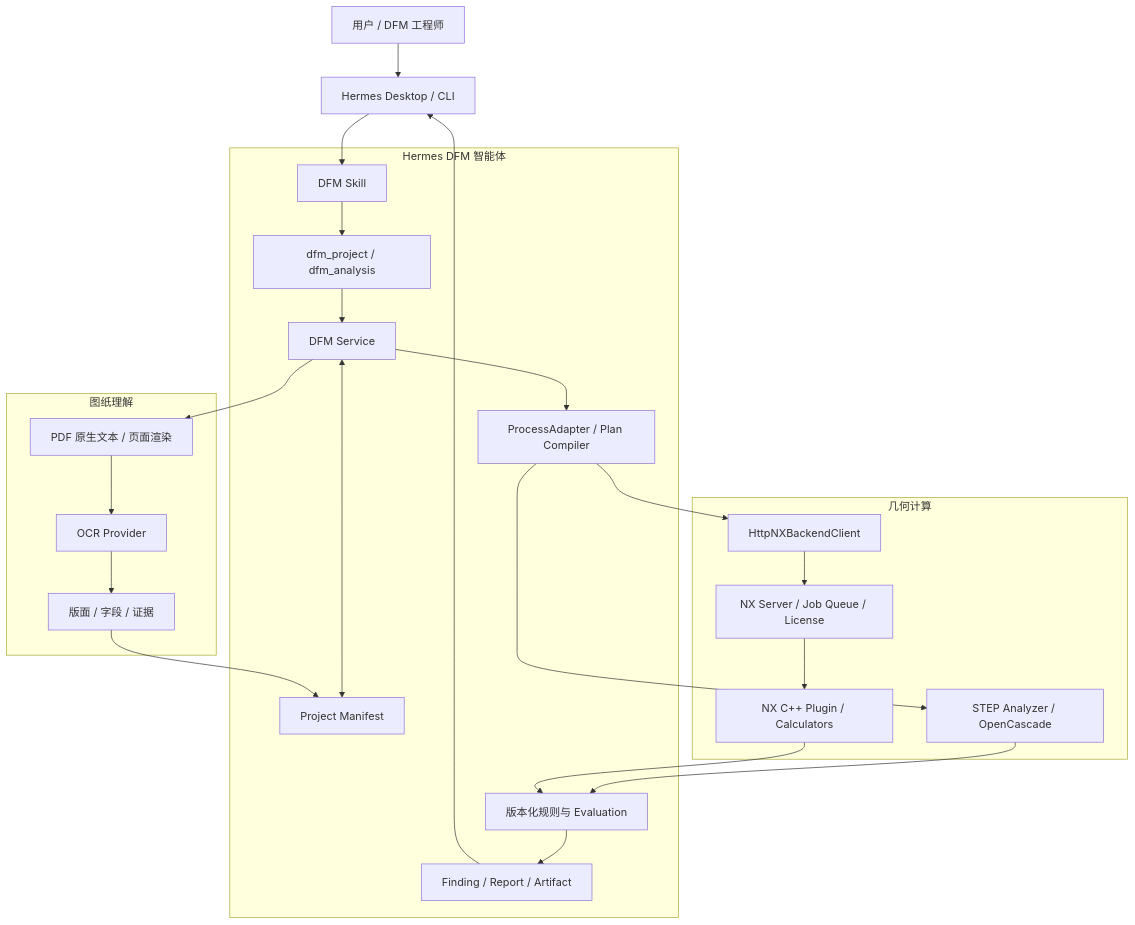
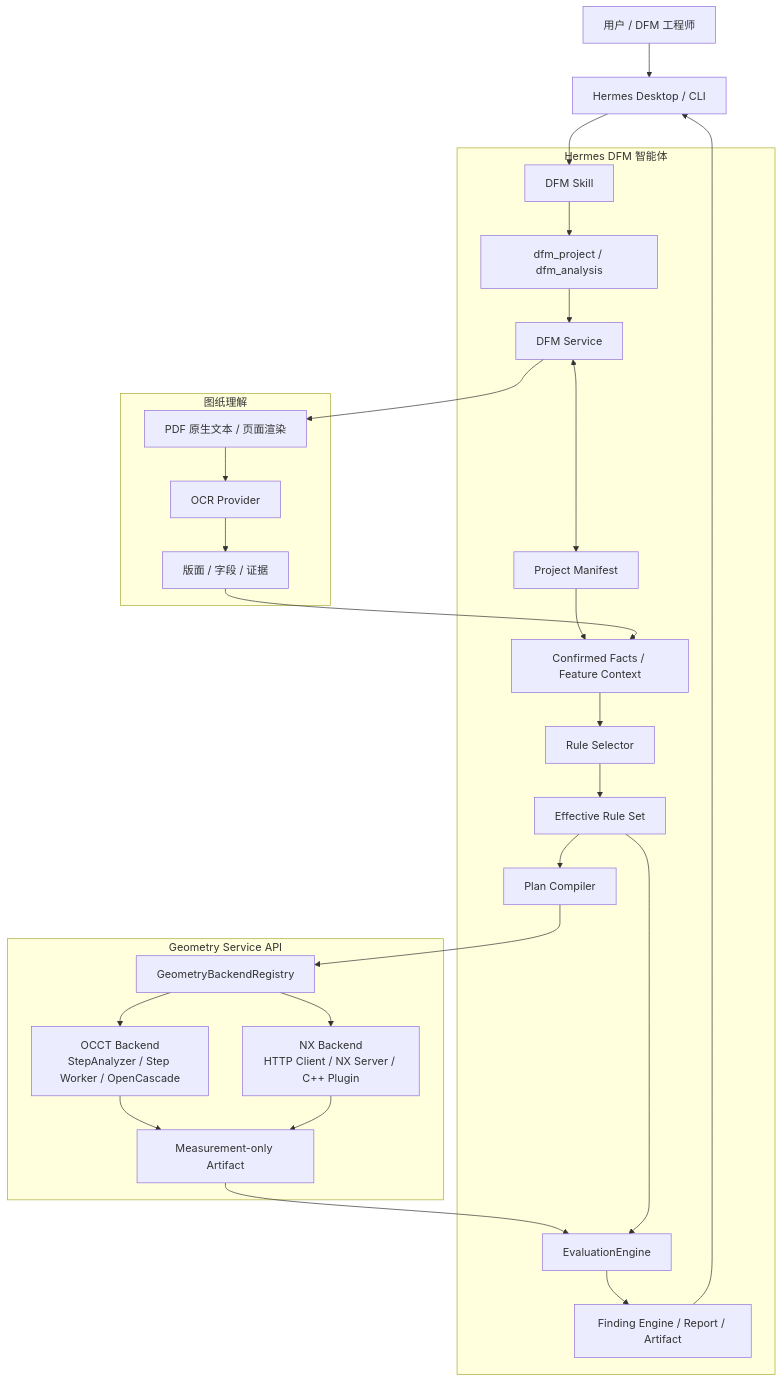
One commit to 1004860611/hermes-agent changed the diagram in docs/plans/2026-07-23-dfm-team-architecture-and-ownership.md. Above: the diagram before and after it, drawn with Mermaid. The commit also changed other lines of this file and 1 other file, not shown here.

Commit message:
更新架构图和研发计划

````diff
--- a/docs/plans/2026-07-23-dfm-team-architecture-and-ownership.md
+++ b/docs/plans/2026-07-23-dfm-team-architecture-and-ownership.md
@@ -66,39 +66,47 @@
 ```mermaid
 flowchart TB
     U[用户 / DFM 工程师]
     UI[Hermes Desktop / CLI]
 
     subgraph AGENT[Hermes DFM 智能体]
         SKILL[DFM Skill]
         TOOL[dfm_project / dfm_analysis]
         SERVICE[DFM Service]
         MANIFEST[Project Manifest]
-        PLAN[ProcessAdapter / Plan Compiler]
-        RULE[版本化规则与 Evaluation]
-        FINDING[Finding / Report / Artifact]
+        FACTS[Confirmed Facts / Feature Context]
+        SELECTOR[Rule Selector]
+        EFFECTIVE[Effective Rule Set]
+        PLAN[Plan Compiler]
+        EVALUATION[EvaluationEngine]
+        FINDING[Finding Engine / Report / Artifact]
     end
 
-    subgraph GEOMETRY[几何计算]
-        STEP[STEP Analyzer / OpenCascade]
-        NXCLIENT[HttpNXBackendClient]
-        NXSERVER[NX Server / Job Queue / License]
-        NXPLUGIN[NX C++ Plugin / Calculators]
+    subgraph GEOMETRY[Geometry Service API]
+        REGISTRY[GeometryBackendRegistry]
+        OCCT[OCCT Backend<br/>StepAnalyzer / Step Worker / OpenCascade]
+        NX[NX Backend<br/>HTTP Client / NX Server / C++ Plugin]
+        MEASUREMENT[Measurement-only Artifact]
     end
 
     subgraph DRAWING[图纸理解]
         PDF[PDF 原生文本 / 页面渲染]
         OCR[OCR Provider]
         LAYOUT[版面 / 字段 / 证据]
     end
 
     U --> UI --> SKILL --> TOOL --> SERVICE
     SERVICE <--> MANIFEST
-    SERVICE --> PLAN
-    PLAN --> STEP
-    PLAN --> NXCLIENT --> NXSERVER --> NXPLUGIN
+    MANIFEST --> FACTS
+    FACTS --> SELECTOR --> EFFECTIVE --> PLAN
+    PLAN --> REGISTRY
+    REGISTRY --> OCCT
+    REGISTRY --> NX
+    OCCT --> MEASUREMENT
+    NX --> MEASUREMENT
+    MEASUREMENT --> EVALUATION
+    EFFECTIVE --> EVALUATION
+    EVALUATION --> FINDING
     SERVICE --> PDF --> OCR --> LAYOUT
-    STEP --> RULE
-    NXPLUGIN --> RULE
-    LAYOUT --> MANIFEST
-    RULE --> FINDING --> UI
+    LAYOUT --> FACTS
+    FINDING --> UI
 ```
````
